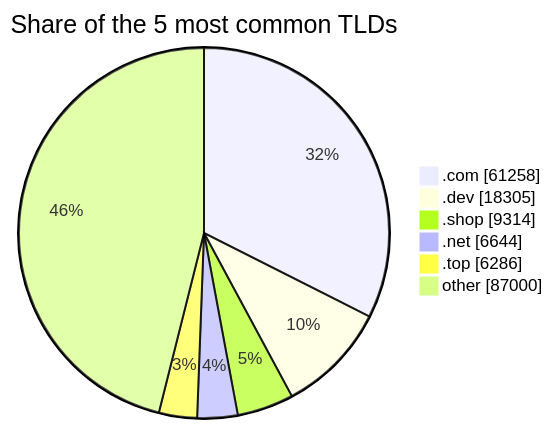
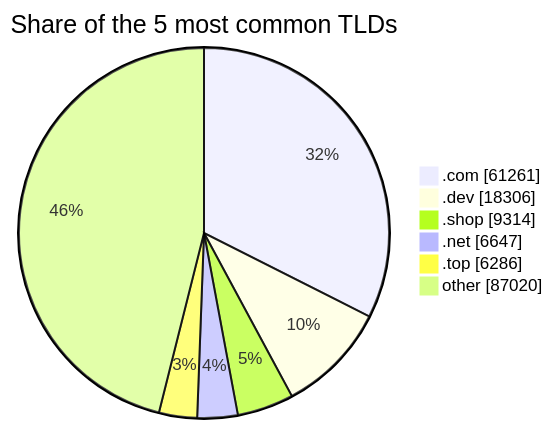
Before and after one commit to DNSBunker/CTI: the third of 3 diagrams in README.md, drawn with Mermaid. The commit also changed other lines of this file and 3 other files, not shown here.

````diff
--- a/README.md
+++ b/README.md
@@ -81,9 +81,9 @@
 ```mermaid
 pie showData title Share of the 5 most common TLDs
-    ".com" : 61258
-    ".dev" : 18305
+    ".com" : 61261
+    ".dev" : 18306
     ".shop" : 9314
-    ".net" : 6644
+    ".net" : 6647
     ".top" : 6286
-    "other" : 87000
+    "other" : 87020
 ```
````
